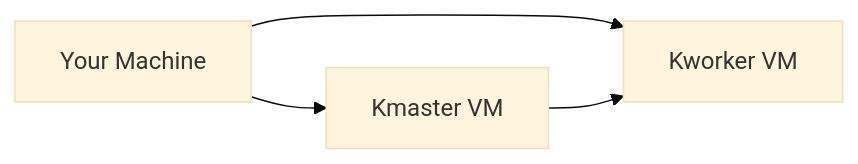
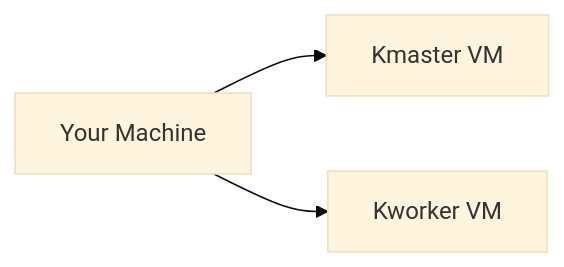
One commit to jatin-2k/kubernetes-lab changed the diagram in README.md. Above: the diagram before and after it, drawn with Mermaid (base theme). The commit also changed other lines of this file, not shown here.

````diff
--- a/README.md
+++ b/README.md
@@ -9,6 +9,5 @@
 ```mermaid
 graph LR
     A[Your Machine] --> B[Kmaster VM]
     A --> C[Kworker VM]
-    B --> C
 ```
````
